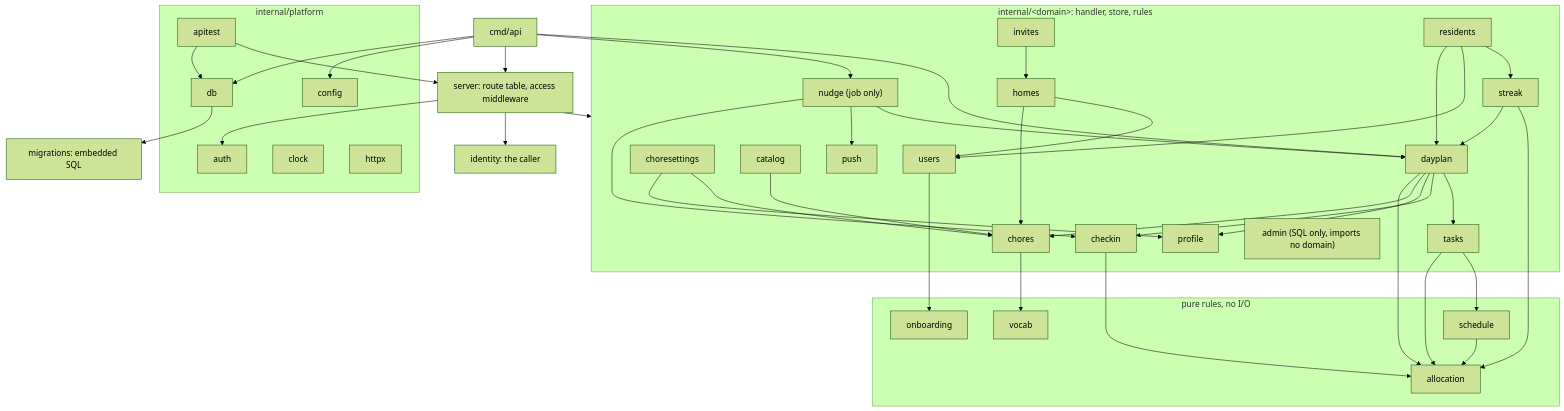
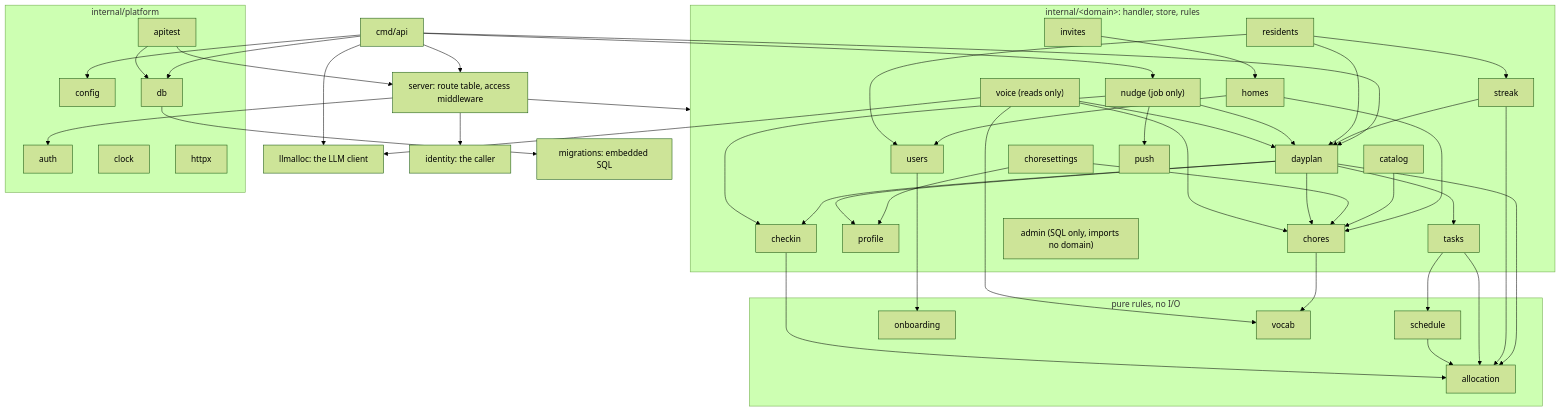
Before and after one commit to AbnerWillclefy/Homeowner: the first of 4 diagrams in docs/architecture/backend.md, drawn with Mermaid (forest theme). The commit also changed other lines of this file, not shown here.

Commit message:
docs(architecture): describe the voice module, route and tool calls in the backend

```diff
--- a/docs/architecture/backend.md
+++ b/docs/architecture/backend.md
@@ -55,7 +55,10 @@
         push
         admin["admin (SQL only, imports no domain)"]
         nudge["nudge (job only)"]
+        voice["voice (reads only)"]
     end
+
+    llm["llmalloc: the LLM client"]
 
     subgraph pure["pure rules, no I/O"]
         alloc["allocation"]
@@ -109,6 +112,11 @@
     nudge --> push
     nudge --> checkin
     chores --> vocab
+    voice --> chores
+    voice --> dayplan
+    voice --> vocab
+    voice --> llm
+    main --> llm
     db --> mig
     apitest --> server
     apitest --> db
```
